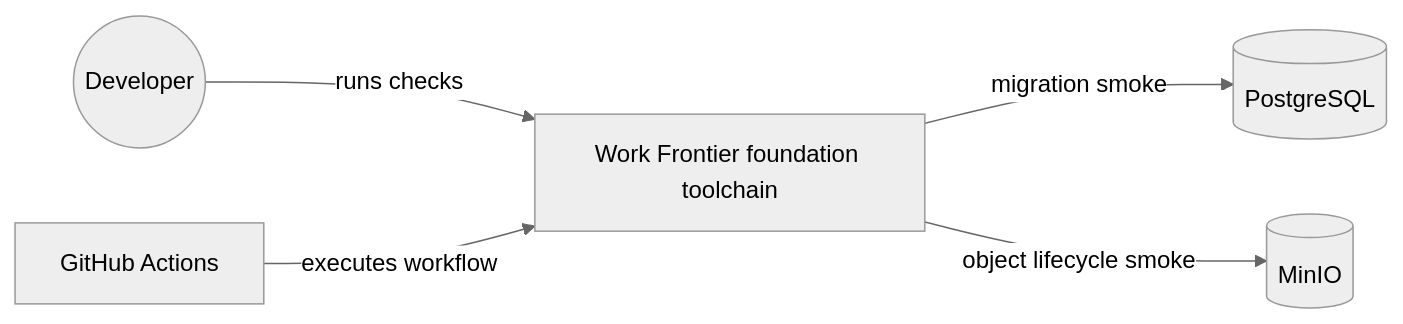
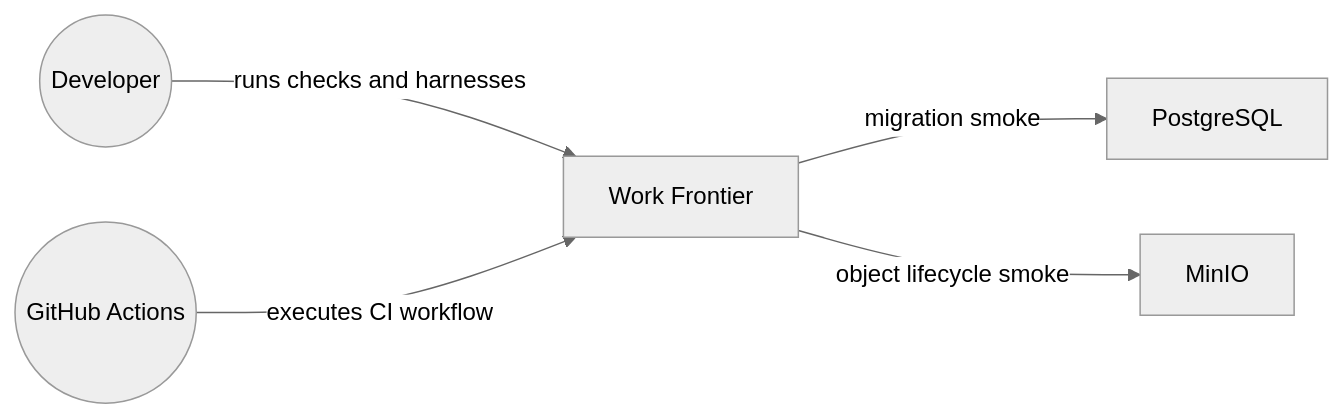
Before and after one commit to maemreyo/work-frontier: the first of 5 diagrams in docs/anatomy/system-diagram.md, drawn with Mermaid (neutral theme). The commit also changed other lines of this file and 42 other files, not shown here.

````diff
--- a/docs/anatomy/system-diagram.md
+++ b/docs/anatomy/system-diagram.md
@@ -5,7 +5,12 @@
 ```mermaid
 graph LR
-developer((Developer)) -->|runs checks| wf[Work Frontier foundation toolchain]
-gha[GitHub Actions] -->|executes workflow| wf
-wf -->|migration smoke| pg[(PostgreSQL)]
-wf -->|object lifecycle smoke| minio[(MinIO)]
+system["Work Frontier"]
+actor0(("Developer"))
+actor1(("GitHub Actions"))
+external0["PostgreSQL"]
+external1["MinIO"]
+actor0 -->|runs checks and harnesses| system
+actor1 -->|executes CI workflow| system
+system -->|migration smoke| external0
+system -->|object lifecycle smoke| external1
 ```
````
